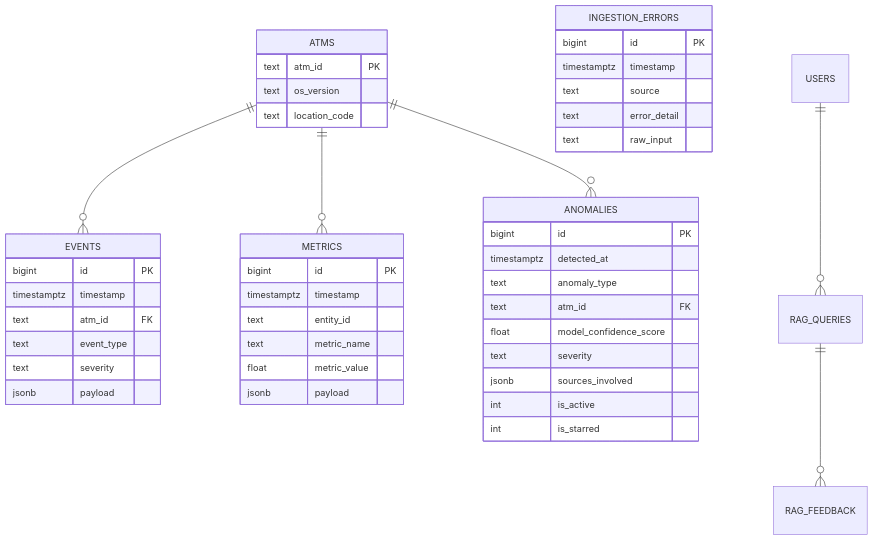
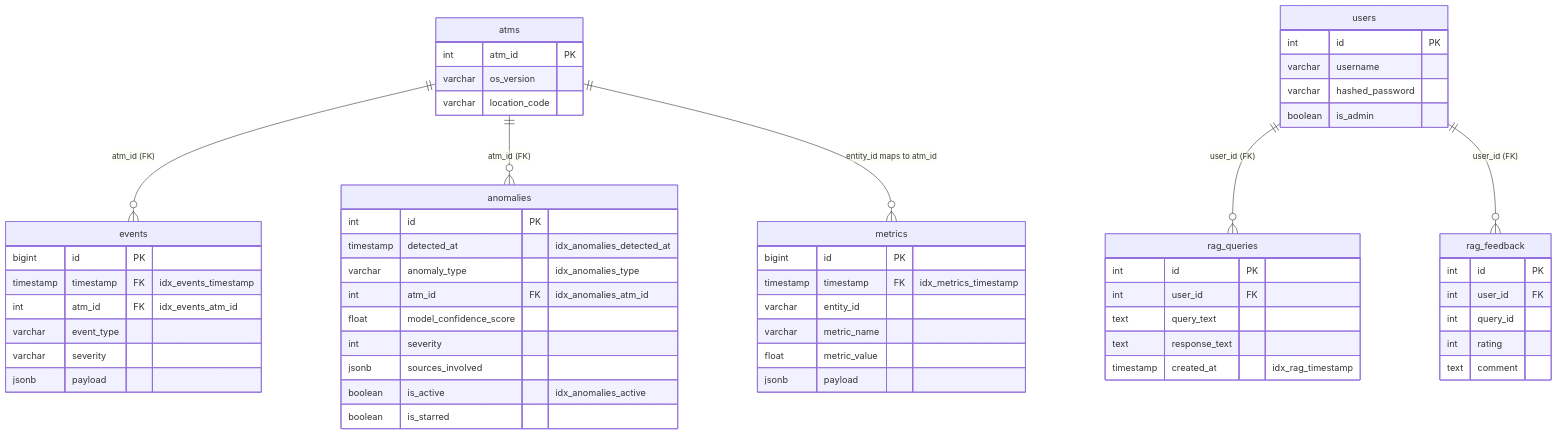
The third of 10 diagrams in README.md (AhmedIkram05/laad), drawn with Mermaid before and after one commit. The commit also changed other lines of this file, not shown here.

````diff
--- a/README.md
+++ b/README.md
@@ -312,47 +490,68 @@
 ```mermaid
 erDiagram
-    ATMS {
-        text atm_id PK
-        text os_version
-        text location_code
+    atms ||--o{ events : "atm_id (FK)"
+    atms ||--o{ anomalies : "atm_id (FK)"
+    atms ||--o{ metrics : "entity_id maps to atm_id"
+
+    atms {
+        int atm_id PK
+        varchar os_version
+        varchar location_code
     }
-    EVENTS {
+
+    events {
         bigint id PK
-        timestamptz timestamp
-        text atm_id FK
-        text event_type
-        text severity
+        timestamp timestamp FK "idx_events_timestamp"
+        int atm_id FK "idx_events_atm_id"
+        varchar event_type
+        varchar severity
         jsonb payload
     }
-    METRICS {
+
+    metrics {
         bigint id PK
-        timestamptz timestamp
-        text entity_id
-        text metric_name
+        timestamp timestamp FK "idx_metrics_timestamp"
+        varchar entity_id
+        varchar metric_name
         float metric_value
         jsonb payload
     }
-    ANOMALIES {
-        bigint id PK
-        timestamptz detected_at
-        text anomaly_type
-        text atm_id FK
+
+    anomalies {
+        int id PK
+        timestamp detected_at "idx_anomalies_detected_at"
+        varchar anomaly_type "idx_anomalies_type"
+        int atm_id FK "idx_anomalies_atm_id"
         float model_confidence_score
-        text severity
+        int severity
         jsonb sources_involved
-        int is_active
-        int is_starred
+        boolean is_active "idx_anomalies_active"
+        boolean is_starred
     }
-    INGESTION_ERRORS {
-        bigint id PK
-        timestamptz timestamp
-        text source
-        text error_detail
-        text raw_input
+
+    users ||--o{ rag_queries : "user_id (FK)"
+    users ||--o{ rag_feedback : "user_id (FK)"
+
+    users {
+        int id PK
+        varchar username
+        varchar hashed_password
+        boolean is_admin
     }
-    USERS ||--o{ RAG_QUERIES : ""
-    RAG_QUERIES ||--o{ RAG_FEEDBACK : ""
-    ATMS ||--o{ EVENTS : ""
-    ATMS ||--o{ METRICS : ""
-    ATMS ||--o{ ANOMALIES : ""
+
+    rag_queries {
+        int id PK
+        int user_id FK
+        text query_text
+        text response_text
+        timestamp created_at "idx_rag_timestamp"
+    }
+
+    rag_feedback {
+        int id PK
+        int user_id FK
+        int query_id
+        int rating
+        text comment
+    }
 ```
````
